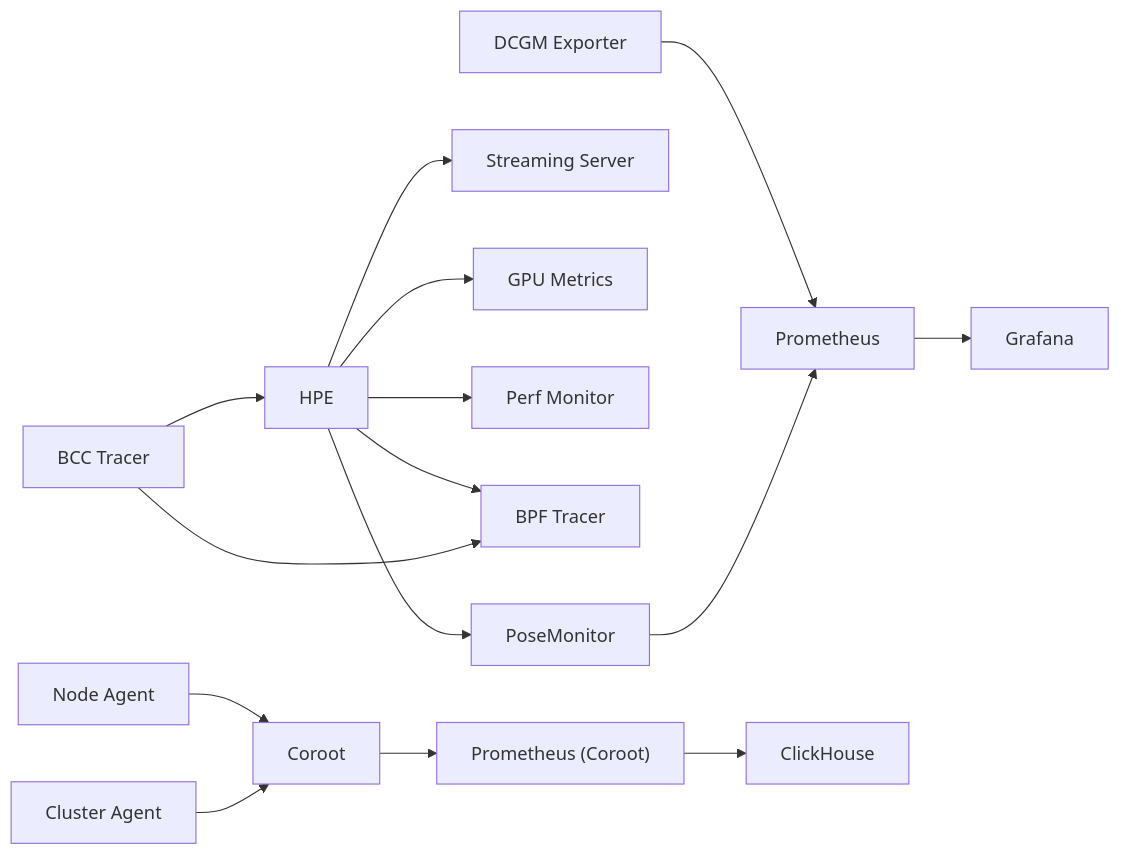
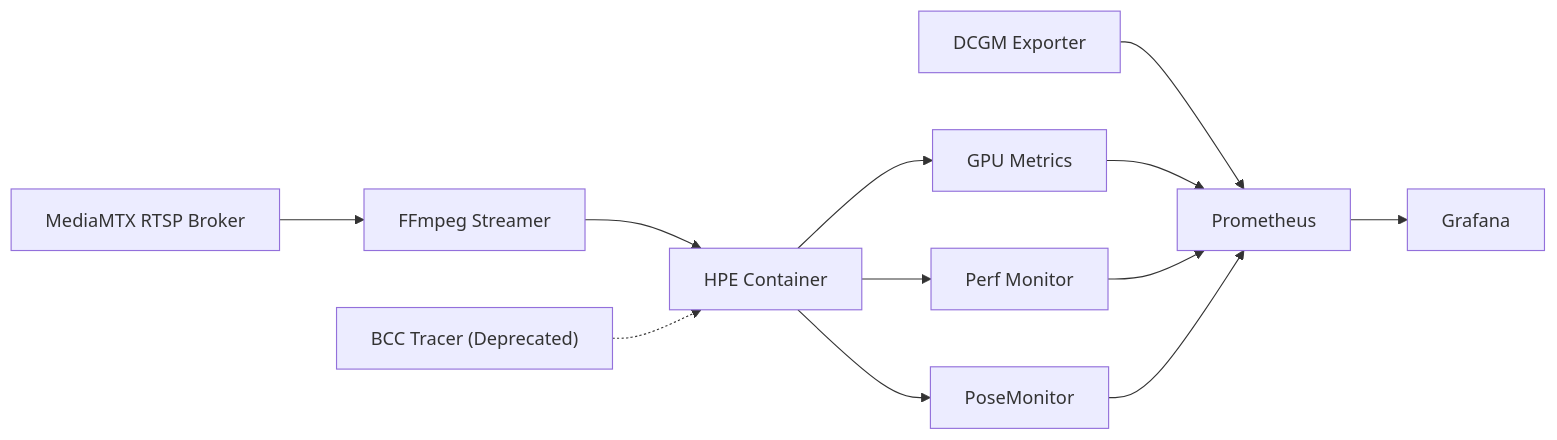
Before and after one commit to Fogus-Gr/MeasurementsDTs: the fifth of 5 diagrams in .qoder/repowiki/en/content/Deployment Infrastructure/Monitoring and Observability Stack.md, drawn with Mermaid. The commit also changed other lines of this file and 12 other files, not shown here.

````diff
--- a/.qoder/repowiki/en/content/Deployment Infrastructure/Monitoring and Observability Stack.md
+++ b/.qoder/repowiki/en/content/Deployment Infrastructure/Monitoring and Observability Stack.md
@@ -408,17 +400,14 @@
 ```mermaid
 graph LR
 DCGM["DCGM Exporter"] --> PROM["Prometheus"]
 PROM --> GRAF["Grafana"]
-HPE["HPE"] --> STREAM["Streaming Server"]
+MTX["MediaMTX RTSP Broker"] --> STREAMER["FFmpeg Streamer"]
+STREAMER --> HPE["HPE Container"]
 HPE --> GPU_METRICS["GPU Metrics"]
 HPE --> PERF["Perf Monitor"]
-HPE --> BPF["BPF Tracer"]
 HPE --> POSE["PoseMonitor"]
-BCC["BCC Tracer"] --> BPF
-BCC --> HPE
+GPU_METRICS --> PROM
+PERF --> PROM
 POSE --> PROM
-PROM2["Prometheus (Coroot)"] --> CH["ClickHouse"]
-COROOT["Coroot"] --> PROM2
-NODE["Node Agent"] --> COROOT
-CLUS["Cluster Agent"] --> COROOT
+BCC["BCC Tracer (Deprecated)"] -.-> HPE
 ```
````
